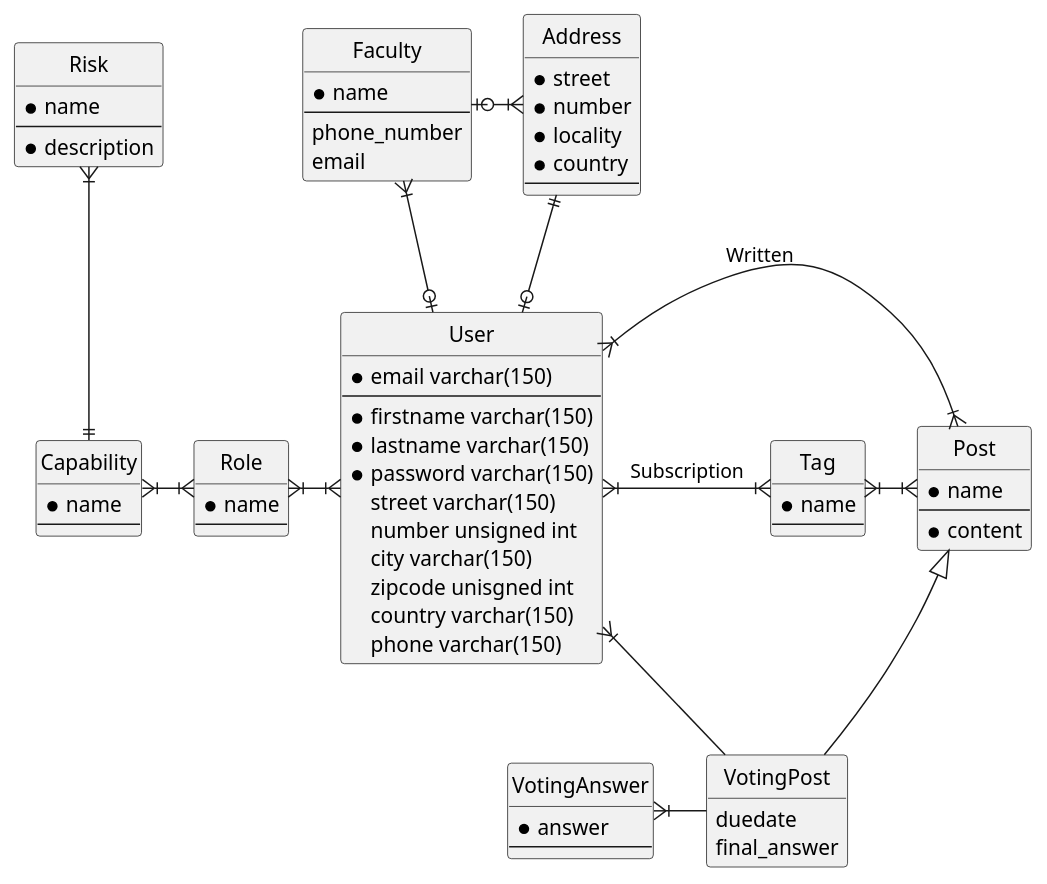
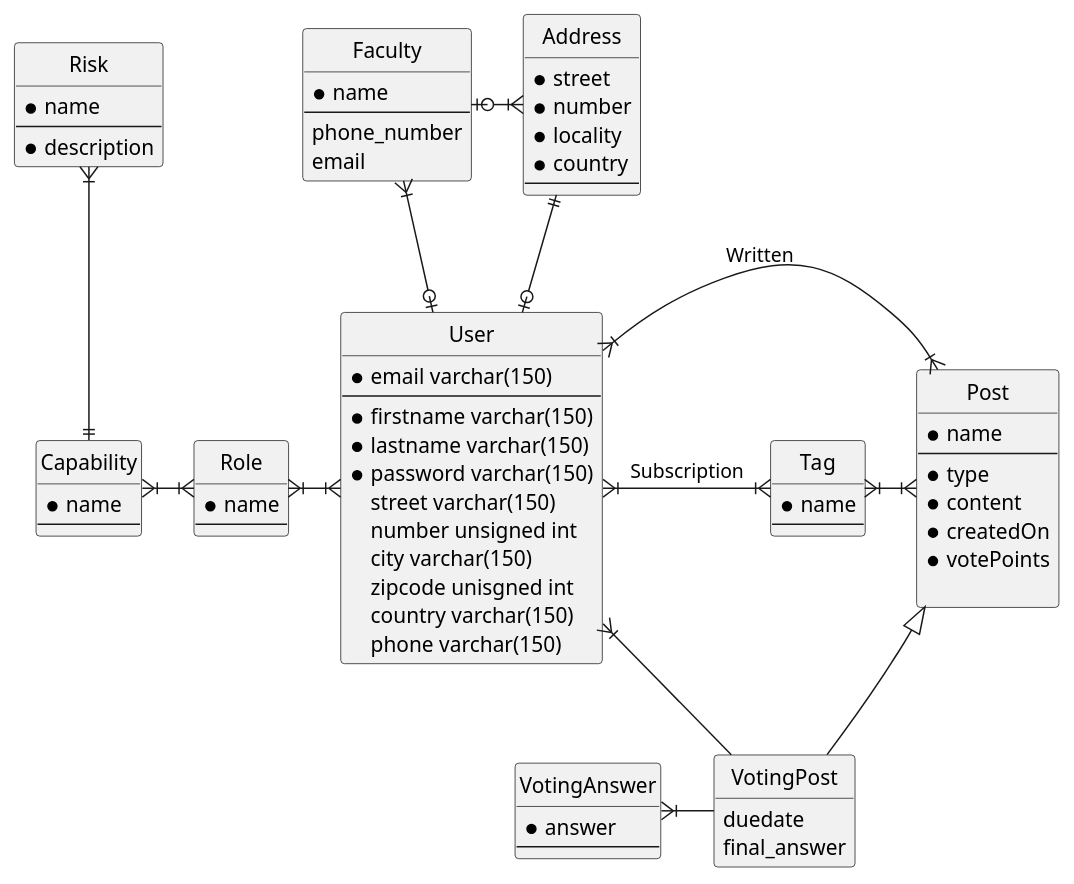
The diagram in uml/database_schema.wsd (LeGroupeDeFer/infom114_LaboMDL), drawn with PlantUML before and after one commit.

```diff
--- a/uml/database_schema.wsd
+++ b/uml/database_schema.wsd
@@ -1,110 +1,114 @@
 @startuml db_mdl
 
 hide circle
 hide empty members
 
 ' entity Entity {
 '    * identifying_attribute
 '    --
 '    * mandatory_attribute
 '    optional_attribute
 ' }
 
 ' ' zero or one
 ' A |o--o| B
 
 ' ' exactly one
 ' C ||--|| D
 
 ' ' zero or many
 ' E }o--o{ F
 
 ' ' one or many
 ' G }|--|{ H
 
 entity User {
   * email varchar(150)
   --
   * firstname varchar(150)
   * lastname varchar(150)
   * password varchar(150)
   street varchar(150)
   number unsigned int
   city varchar(150)
   zipcode unisgned int
   country varchar(150)
   phone varchar(150)
 }
 
 entity Address {
   * street
   * number
   * locality
   * country
   --
 }
 
 
 
 entity Tag {
   * name
   --
 }
 
 entity Post {
   * name
   --
+  * type
   * content
+  * createdOn
+  * votePoints
+  
 }
 
 entity Role {
   * name
   --
 }
 
 entity Capability {
   * name
   --
 }
 
 entity Risk {
   * name
   --
   * description
 }
 
 entity VotingPost {
   duedate
   final_answer
 }
 
 entity VotingAnswer {
   * answer
   --
 }
 
 entity Faculty  {
   * name
   --
   phone_number
   email
 }
 
 Address ||--o| User
 Tag }|-|{ Post
 
 Faculty }|--o| User
 Faculty |o-|{ Address
 
 Risk }|--|| Capability
 Capability }|-|{ Role
 Role }|-|{ User
 
 User }|-|{ Tag : Subscription
 User }|-|{ Post : Written
 
 Post <|-- VotingPost
 VotingAnswer }|- VotingPost
 User }|- VotingPost
 
 @enduml
```
